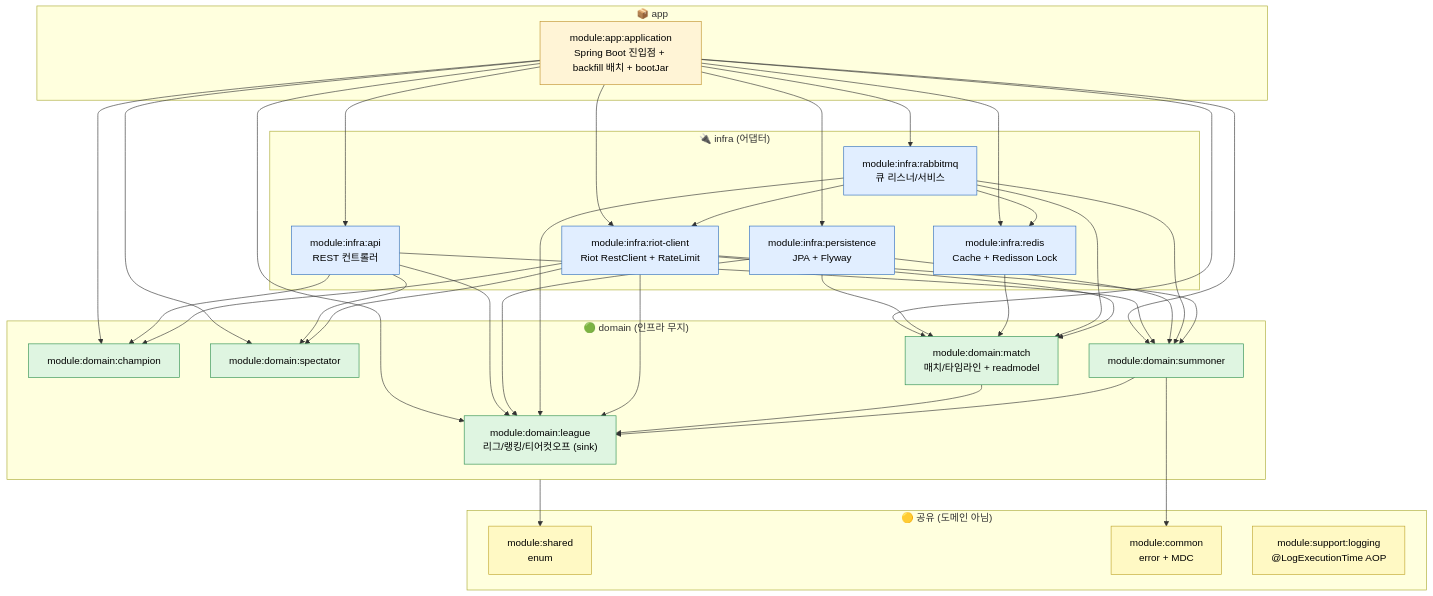
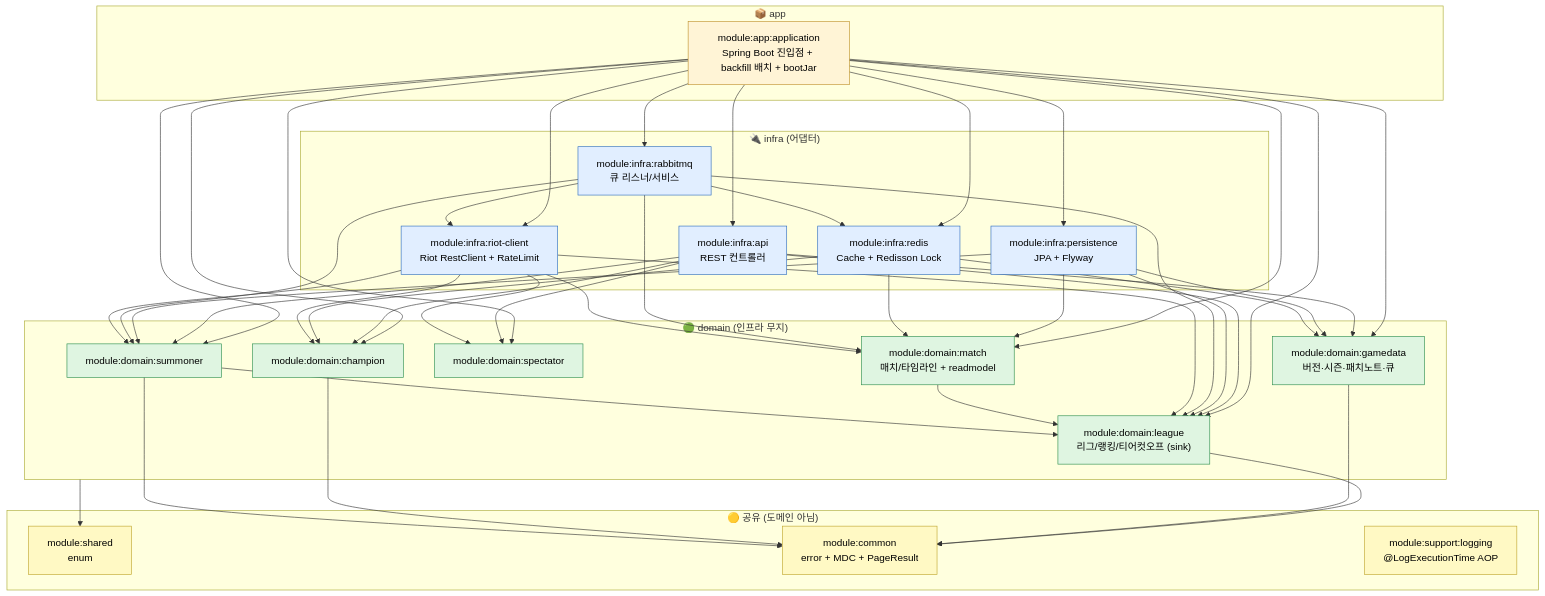
Before and after one commit to padosol/lol-repository: the diagram in docs/ARCHITECTURE.md, drawn with Mermaid. The commit also changed 18 other files, not shown here.

````diff
--- a/docs/ARCHITECTURE.md
+++ b/docs/ARCHITECTURE.md
@@ -14,54 +14,55 @@
 ```mermaid
 flowchart TB
     subgraph app["📦 app"]
       application["module:app:application<br/>Spring Boot 진입점 + backfill 배치 + bootJar"]
     end
 
     subgraph domain["🟢 domain (인프라 무지)"]
       league["module:domain:league<br/>리그/랭킹/티어컷오프 (sink)"]
+      gamedata["module:domain:gamedata<br/>버전·시즌·패치노트·큐"]
       champion["module:domain:champion"]
       spectator["module:domain:spectator"]
       match["module:domain:match<br/>매치/타임라인 + readmodel"]
       summoner["module:domain:summoner"]
     end
 
     subgraph shared["🟡 공유 (도메인 아님)"]
       sharedM["module:shared<br/>enum"]
-      common["module:common<br/>error + MDC"]
+      common["module:common<br/>error + MDC + PageResult"]
       logging["module:support:logging<br/>@LogExecutionTime AOP"]
     end
 
     subgraph infra["🔌 infra (어댑터)"]
       api["module:infra:api<br/>REST 컨트롤러"]
       pg["module:infra:persistence<br/>JPA + Flyway"]
       redis["module:infra:redis<br/>Cache + Redisson Lock"]
       rabbit["module:infra:rabbitmq<br/>큐 리스너/서비스"]
       riot["module:infra:riot-client<br/>Riot RestClient + RateLimit"]
     end
 
     application --> api & pg & redis & rabbit & riot
-    application --> league & champion & spectator & match & summoner
+    application --> league & gamedata & champion & spectator & match & summoner
 
-    api --> league & champion & spectator & summoner
-    pg --> league & match & summoner
-    redis --> match
+    api --> league & gamedata & champion & spectator & summoner
+    pg --> league & gamedata & match & summoner
+    redis --> gamedata & champion & match
     rabbit --> league & match & summoner
     riot --> league & champion & spectator & match & summoner
 
     match --> league
     summoner --> league
 
     domain --> sharedM
-    summoner --> common
+    league & gamedata & champion & summoner --> common
 
     rabbit --> redis & riot
 
     classDef d fill:#dff5e1,stroke:#2d8f4f,color:#000
     classDef i fill:#e1eeff,stroke:#2d6cbf,color:#000
     classDef a fill:#fff4d6,stroke:#bf922d,color:#000
     classDef s fill:#fff9c4,stroke:#bfa52d,color:#000
-    class league,champion,spectator,match,summoner d
+    class league,gamedata,champion,spectator,match,summoner d
     class api,pg,redis,rabbit,riot i
     class application a
     class sharedM,common,logging s
 ```
````
